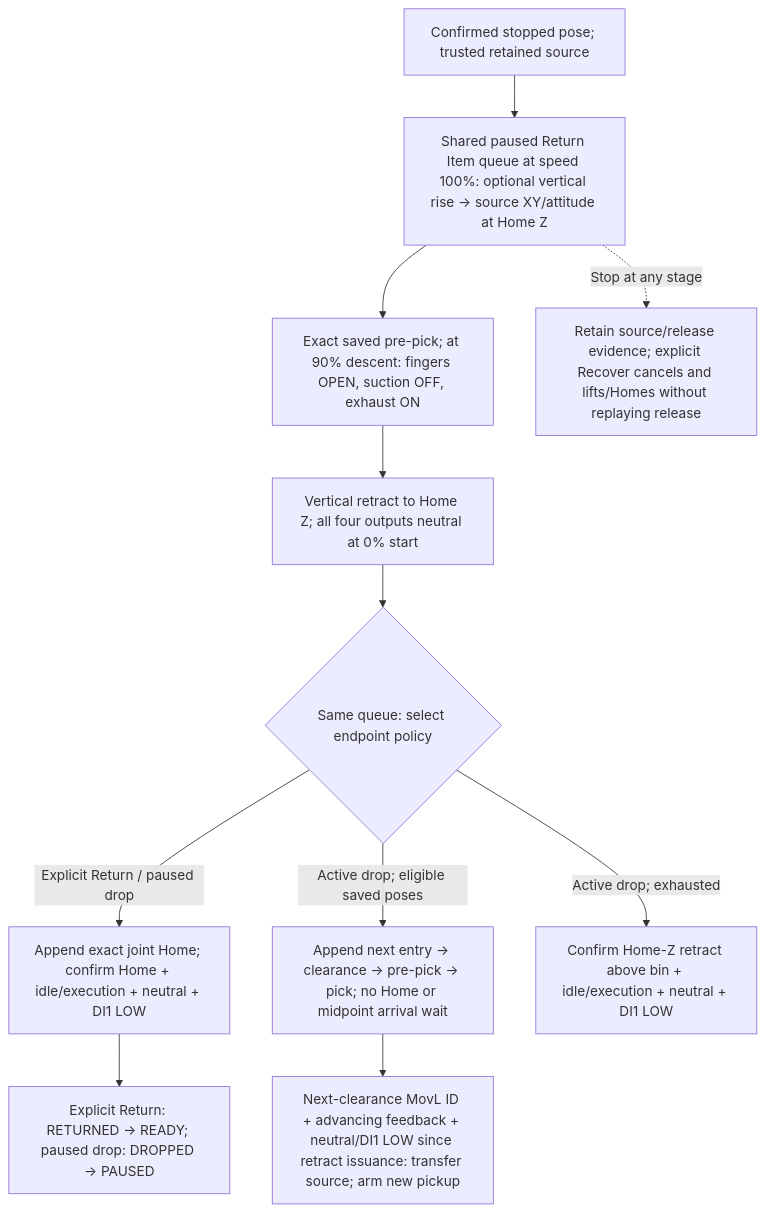
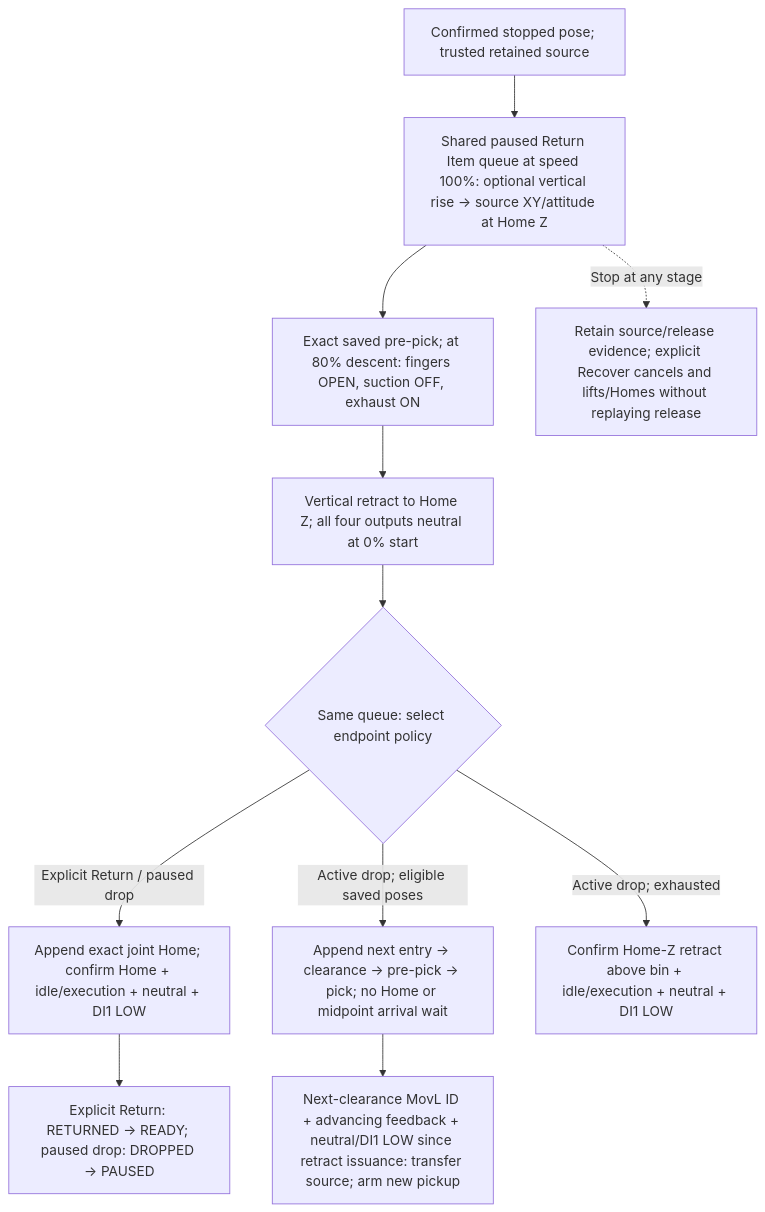
One commit to esgange/dobot_picknplace_yolo changed the ninth of 9 diagrams in docs/ROBOT_CONTROLLER_FSM.md. Above: the diagram before and after it, drawn with Mermaid. The commit also changed other lines of this file and 15 other files, not shown here.

Commit message:
Release placed and returned items at 80 percent descent

````diff
--- a/docs/ROBOT_CONTROLLER_FSM.md
+++ b/docs/ROBOT_CONTROLLER_FSM.md
@@ -1069,13 +1077,13 @@
 ```mermaid
 flowchart TD
     Start["Confirmed stopped pose; trusted retained source"] --> Queue["Shared paused Return Item queue at speed 100%: optional vertical rise → source XY/attitude at Home Z"]
-    Queue --> Release["Exact saved pre-pick; at 90% descent: fingers OPEN, suction OFF, exhaust ON"]
+    Queue --> Release["Exact saved pre-pick; at 80% descent: fingers OPEN, suction OFF, exhaust ON"]
     Release --> Retract["Vertical retract to Home Z; all four outputs neutral at 0% start"]
     Retract --> Kind{"Same queue: select endpoint policy"}
     Kind -->|Explicit Return / paused drop| Home["Append exact joint Home; confirm Home + idle/execution + neutral + DI1 LOW"]
     Home --> Done["Explicit Return: RETURNED → READY; paused drop: DROPPED → PAUSED"]
     Kind -->|Active drop; eligible saved poses| Next["Append next entry → clearance → pre-pick → pick; no Home or midpoint arrival wait"]
     Next --> Boundary["Next-clearance MovL ID + advancing feedback + neutral/DI1 LOW since retract issuance: transfer source; arm new pickup"]
     Kind -->|Active drop; exhausted| Exhausted["Confirm Home-Z retract above bin + idle/execution + neutral + DI1 LOW"]
     Queue -. "Stop at any stage" .-> Stop["Retain source/release evidence; explicit Recover cancels and lifts/Homes without replaying release"]
 ```
````
